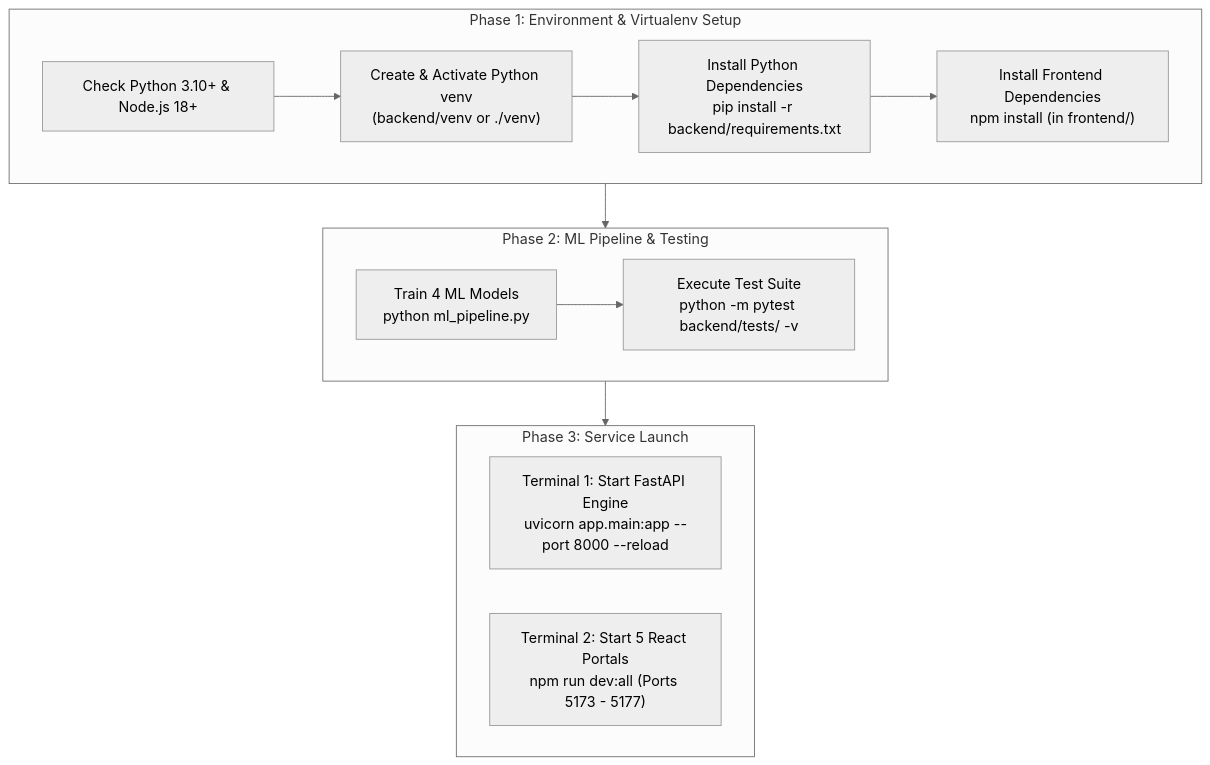
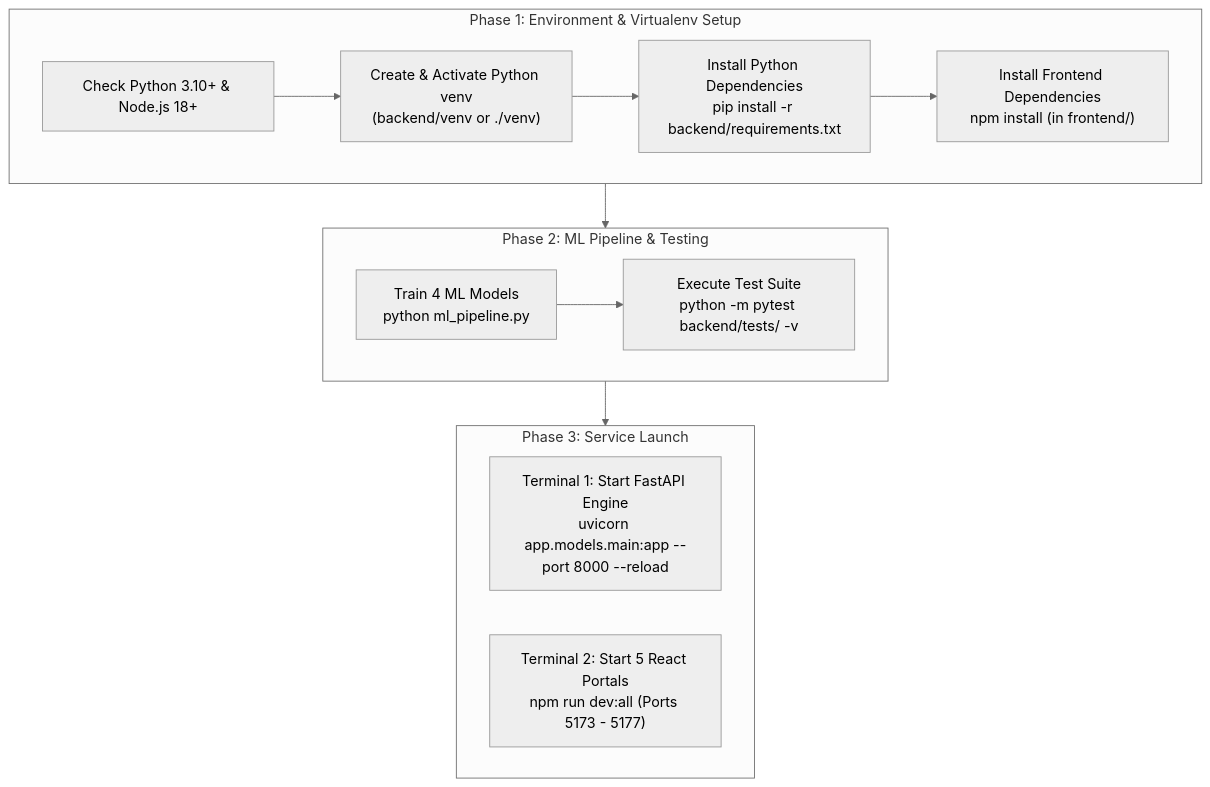
The diagram in docs/11_development_launch_guide.md (kavithaniwandi/R26-IT-047), drawn with Mermaid (neutral theme) before and after one commit. The commit also changed other lines of this file and 72 other files, not shown here.

````diff
--- a/docs/11_development_launch_guide.md
+++ b/docs/11_development_launch_guide.md
@@ -10,23 +10,23 @@
 ```mermaid
 graph TD
     subgraph Phase_1 ["Phase 1: Environment & Virtualenv Setup"]
         P1_Check["Check Python 3.10+ & Node.js 18+"]
         P1_Venv["Create & Activate Python venv<br/>(backend/venv or ./venv)"]
         P1_Pip["Install Python Dependencies<br/>pip install -r backend/requirements.txt"]
         P1_Npm["Install Frontend Dependencies<br/>npm install (in frontend/)"]
         P1_Check --> P1_Venv --> P1_Pip --> P1_Npm
     end
 
     subgraph Phase_2 ["Phase 2: ML Pipeline & Testing"]
         P2_ML["Train 4 ML Models<br/>python ml_pipeline.py"]
         P2_Test["Execute Test Suite<br/>python -m pytest backend/tests/ -v"]
         P2_ML --> P2_Test
     end
 
     subgraph Phase_3 ["Phase 3: Service Launch"]
-        P3_Back["Terminal 1: Start FastAPI Engine<br/>uvicorn app.main:app --port 8000 --reload"]
+        P3_Back["Terminal 1: Start FastAPI Engine<br/>uvicorn app.models.main:app --port 8000 --reload"]
         P3_Front["Terminal 2: Start 5 React Portals<br/>npm run dev:all (Ports 5173 - 5177)"]
     end
 
     Phase_1 --> Phase_2 --> Phase_3
 ```
````
